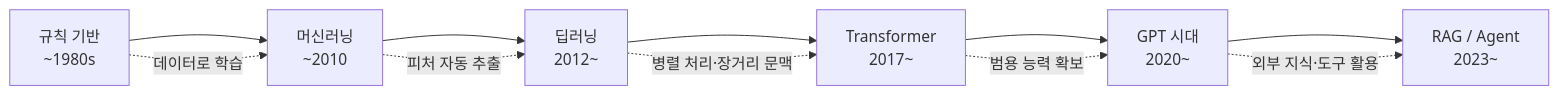
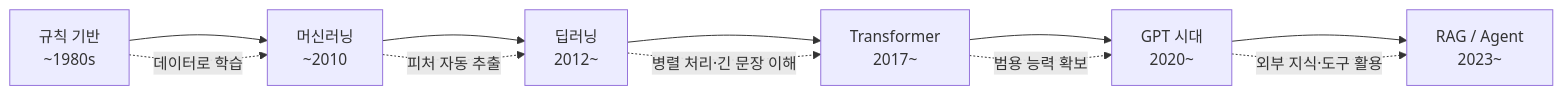
The first of 2 diagrams in docs/20260530/ai-history.md (kodagrammer/ai-study-notes), drawn with Mermaid before and after one commit. The commit also changed other lines of this file, not shown here.

````diff
--- a/docs/20260530/ai-history.md
+++ b/docs/20260530/ai-history.md
@@ -49,14 +49,14 @@
 ```mermaid
 flowchart LR
   A[규칙 기반<br/>~1980s] --> B[머신러닝<br/>~2010]
   B --> C[딥러닝<br/>2012~]
   C --> D[Transformer<br/>2017~]
   D --> E[GPT 시대<br/>2020~]
   E --> F[RAG / Agent<br/>2023~]
 
   A -. 데이터로 학습 .-> B
   B -. 피처 자동 추출 .-> C
-  C -. 병렬 처리·장거리 문맥 .-> D
+  C -. 병렬 처리·긴 문장 이해 .-> D
   D -. 범용 능력 확보 .-> E
   E -. 외부 지식·도구 활용 .-> F
 ```
````
